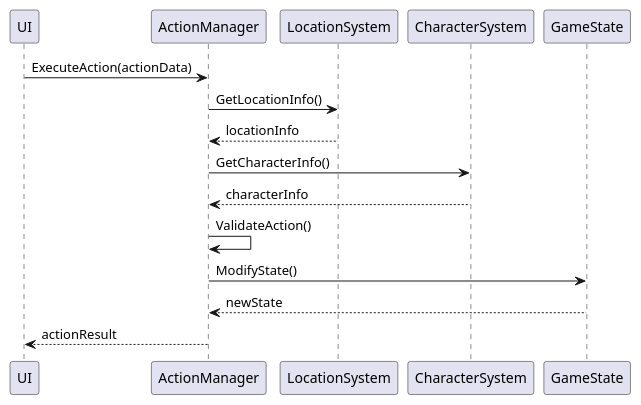
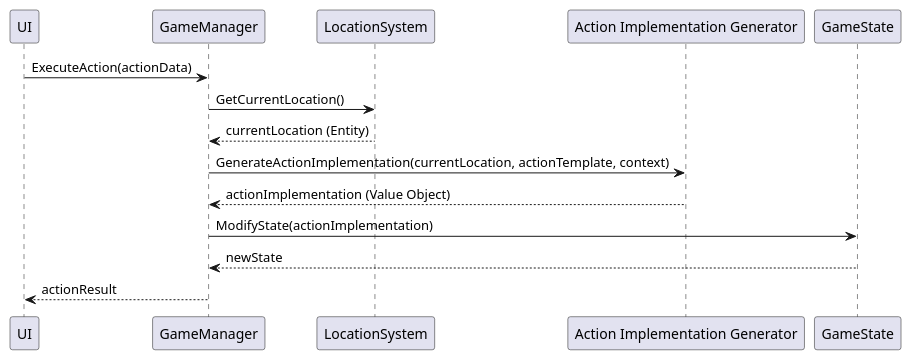
The sixth of 8 diagrams in Architecture/index.adoc (meatz89/Wayfarer), drawn with PlantUML before and after one commit. The commit also changed other lines of this file and 19 other files, not shown here.

```diff
--- a/Architecture/index.adoc
+++ b/Architecture/index.adoc
@@ -244,20 +250,19 @@
 [plantuml,"sequence1",svg]
 ----
 @startuml
 participant "UI" as UI
-participant "ActionManager" as AM
+participant "GameManager" as AM
 participant "LocationSystem" as LS
-participant "CharacterSystem" as CS
+participant "Action Implementation Generator" as AIG
 participant "GameState" as GS
 
 UI -> AM: ExecuteAction(actionData)
-AM -> LS: GetLocationInfo()
-LS --> AM: locationInfo
-AM -> CS: GetCharacterInfo()
-CS --> AM: characterInfo
-AM -> AM: ValidateAction()
-AM -> GS: ModifyState()
+AM -> LS: GetCurrentLocation()
+LS --> AM: currentLocation (Entity)
+AM -> AIG: GenerateActionImplementation(currentLocation, actionTemplate, context)
+AIG --> AM: actionImplementation (Value Object)
+AM -> GS: ModifyState(actionImplementation)
 GS --> AM: newState
 AM --> UI: actionResult
 @enduml
 ----
```
